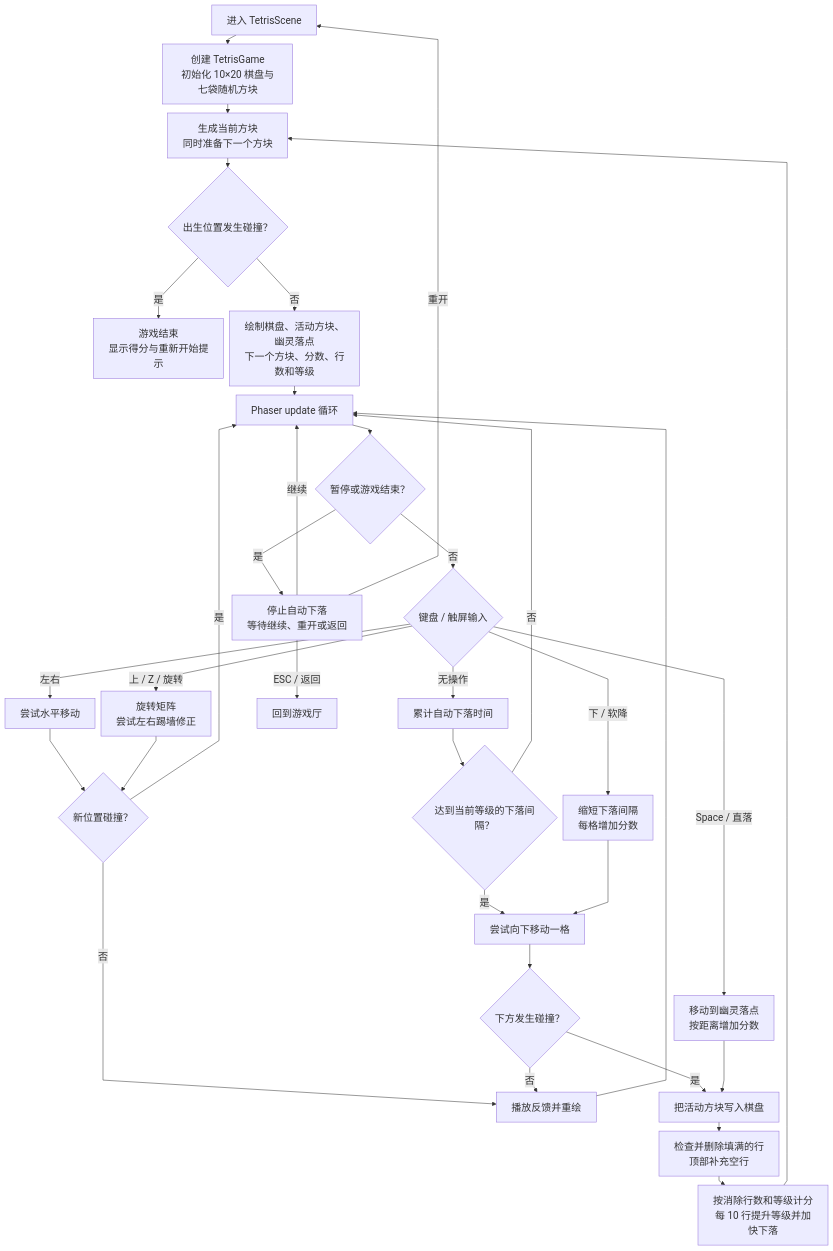
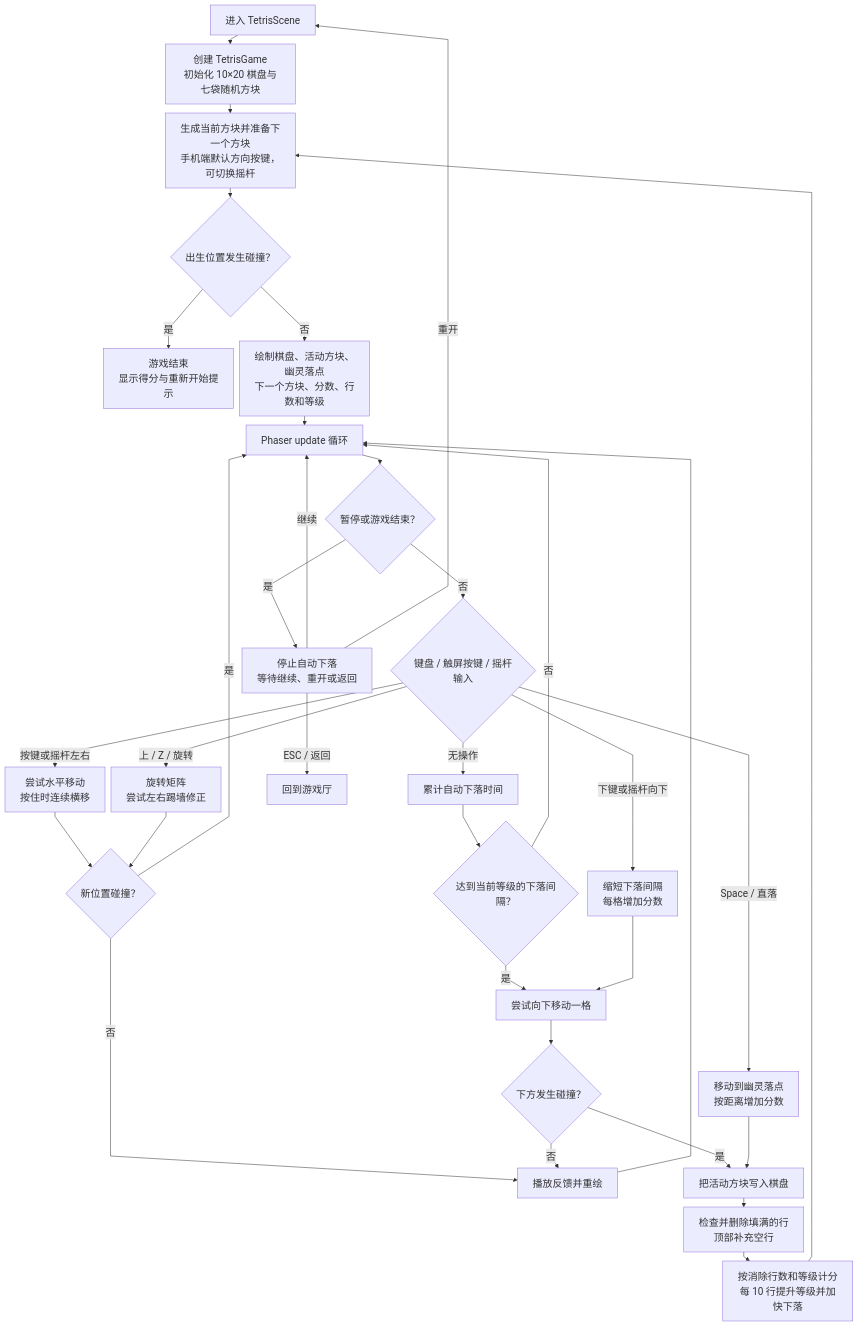
The first of 4 diagrams in README.md (hdwang123/sgame), drawn with Mermaid before and after one commit. The commit also changed other lines of this file, not shown here.

Commit message:
docs: update game flowcharts

````diff
--- a/README.md
+++ b/README.md
@@ -66,41 +66,41 @@
 ```mermaid
 %%{init: {"flowchart": {"nodeSpacing": 12, "rankSpacing": 18, "curve": "linear"}, "themeVariables": {"fontSize": "20px"}}}%%
 flowchart TB
   START["进入 TetrisScene"] --> INIT["创建 TetrisGame<br/>初始化 10×20 棋盘与七袋随机方块"]
-  INIT --> SPAWN["生成当前方块<br/>同时准备下一个方块"]
+  INIT --> SPAWN["生成当前方块并准备下一个方块<br/>手机端默认方向按键，可切换摇杆"]
   SPAWN --> COLLIDE_SPAWN{"出生位置发生碰撞？"}
   COLLIDE_SPAWN -->|"是"| GAME_OVER["游戏结束<br/>显示得分与重新开始提示"]
   COLLIDE_SPAWN -->|"否"| DRAW["绘制棋盘、活动方块、幽灵落点<br/>下一个方块、分数、行数和等级"]
 
   DRAW --> LOOP["Phaser update 循环"]
   LOOP --> STATE{"暂停或游戏结束？"}
   STATE -->|"是"| WAIT["停止自动下落<br/>等待继续、重开或返回"]
-  STATE -->|"否"| INPUT{"键盘 / 触屏输入"}
+  STATE -->|"否"| INPUT{"键盘 / 触屏按键 / 摇杆输入"}
 
-  INPUT -->|"左右"| MOVE["尝试水平移动"]
+  INPUT -->|"按键或摇杆左右"| MOVE["尝试水平移动<br/>按住时连续横移"]
   INPUT -->|"上 / Z / 旋转"| ROTATE["旋转矩阵<br/>尝试左右踢墙修正"]
-  INPUT -->|"下 / 软降"| SOFT["缩短下落间隔<br/>每格增加分数"]
+  INPUT -->|"下键或摇杆向下"| SOFT["缩短下落间隔<br/>每格增加分数"]
   INPUT -->|"Space / 直落"| HARD["移动到幽灵落点<br/>按距离增加分数"]
   INPUT -->|"无操作"| TIMER["累计自动下落时间"]
 
   MOVE --> VALID_MOVE{"新位置碰撞？"}
   ROTATE --> VALID_MOVE
   VALID_MOVE -->|"否"| REDRAW["播放反馈并重绘"]
   VALID_MOVE -->|"是"| LOOP
   TIMER --> INTERVAL{"达到当前等级的下落间隔？"}
   INTERVAL -->|"否"| LOOP
   INTERVAL -->|"是"| DOWN["尝试向下移动一格"]
   SOFT --> DOWN
   DOWN --> BLOCKED{"下方发生碰撞？"}
   BLOCKED -->|"否"| REDRAW
   BLOCKED -->|"是"| LOCK["把活动方块写入棋盘"]
   HARD --> LOCK
 
   LOCK --> CLEAR["检查并删除填满的行<br/>顶部补充空行"]
   CLEAR --> SCORE["按消除行数和等级计分<br/>每 10 行提升等级并加快下落"]
   SCORE --> SPAWN
   REDRAW --> LOOP
   WAIT -->|"继续"| LOOP
   WAIT -->|"重开"| START
   WAIT -->|"ESC / 返回"| MENU["回到游戏厅"]
 ```
````
